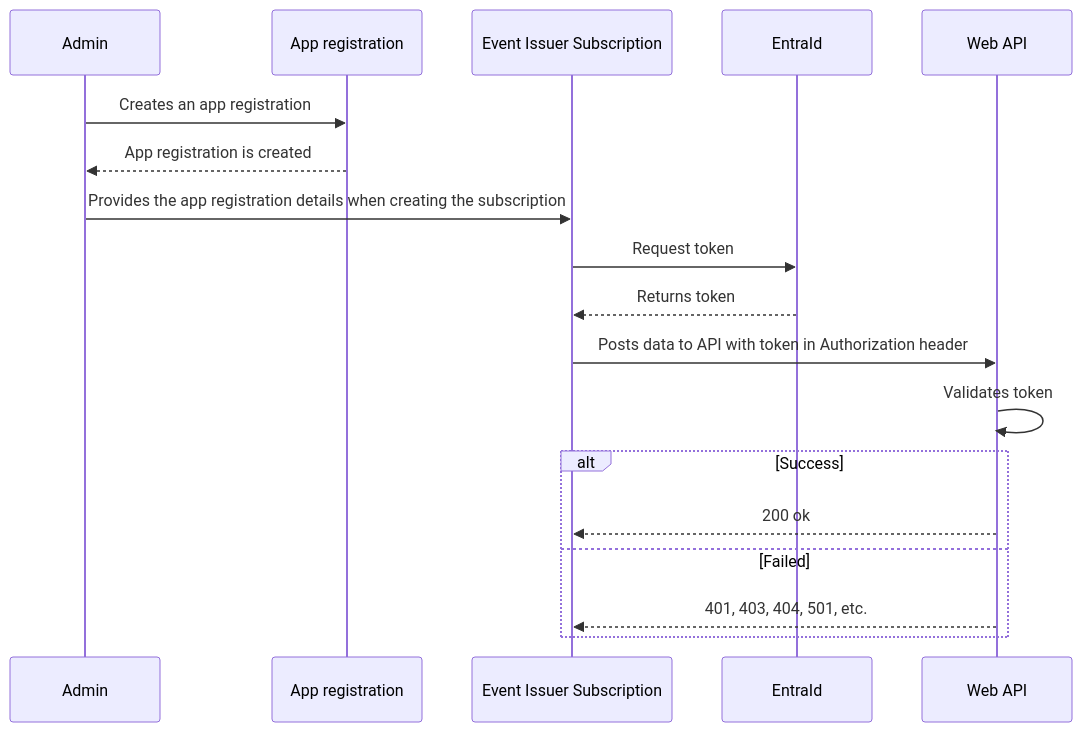
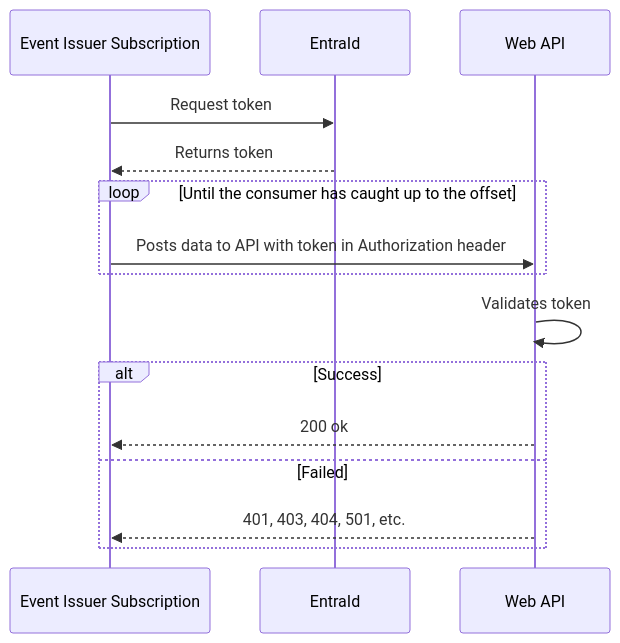
Before and after one commit to Bane-NOR/event-issuer: the diagram in docs/authentication/subscription-authentication.md, drawn with Mermaid. The commit also changed other lines of this file, not shown here.

Commit message:
Modified sequence diagram with pre condition

````diff
--- a/docs/authentication/subscription-authentication.md
+++ b/docs/authentication/subscription-authentication.md
@@ -10,21 +12,18 @@
 ``` mermaid
 sequenceDiagram
-    participant Admin
-    participant App registration
     participant Event Issuer Subscription
     participant EntraId
     participant Web API
 
-    Admin->>App registration: Creates an app registration
-    App registration-->>Admin: App registration is created
-    Admin->>Event Issuer Subscription: Provides the app registration details when creating the subscription
     Event Issuer Subscription->>EntraId: Request token
     EntraId-->>Event Issuer Subscription: Returns token
+    loop Until the consumer has caught up to the offset
     Event Issuer Subscription->>Web API: Posts data to API with token in Authorization header
+    end
     Web API->>Web API: Validates token
     alt Success
     Web API-->>Event Issuer Subscription: 200 ok
     else Failed
     Web API -->>Event Issuer Subscription: 401, 403, 404, 501, etc.
     end
 ```
````
